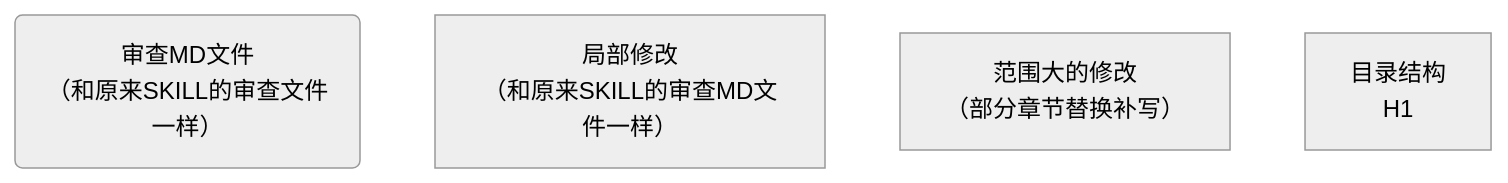
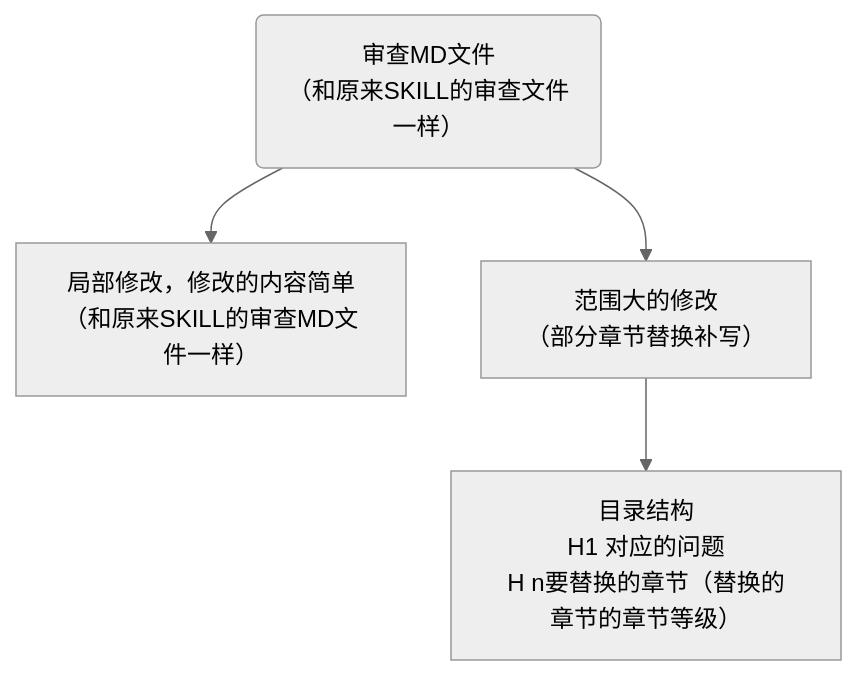
One commit to fireflysss/mermaid-notes changed the diagram in mmd/未命名_ec561dff-a71a-45c5-9616-f339ce2038df.mmd. Above: the diagram before and after it, drawn with Mermaid (neutral theme). The commit also changed 3 other files, not shown here.

Commit message:
Sync Mermaid Studio data (16 diagrams)

```diff
--- a/mmd/未命名_ec561dff-a71a-45c5-9616-f339ce2038df.mmd
+++ b/mmd/未命名_ec561dff-a71a-45c5-9616-f339ce2038df.mmd
@@ -1,5 +1,8 @@
 flowchart TD
   n_0("审查MD文件<br/>（和原来SKILL的审查文件一样）")
-  n_1["局部修改<br/>（和原来SKILL的审查MD文件一样）"]
+  n_1["局部修改，修改的内容简单<br/>（和原来SKILL的审查MD文件一样）"]
   n_2["范围大的修改<br/>（部分章节替换补写）"]
-  n_3["目录结构<br/>H1 "]
+  n_3["目录结构<br/>H1 对应的问题<br/>H n要替换的章节（替换的章节的章节等级）"]
+  n_0 --> n_1
+  n_0 --> n_2
+  n_2 --> n_3
```
